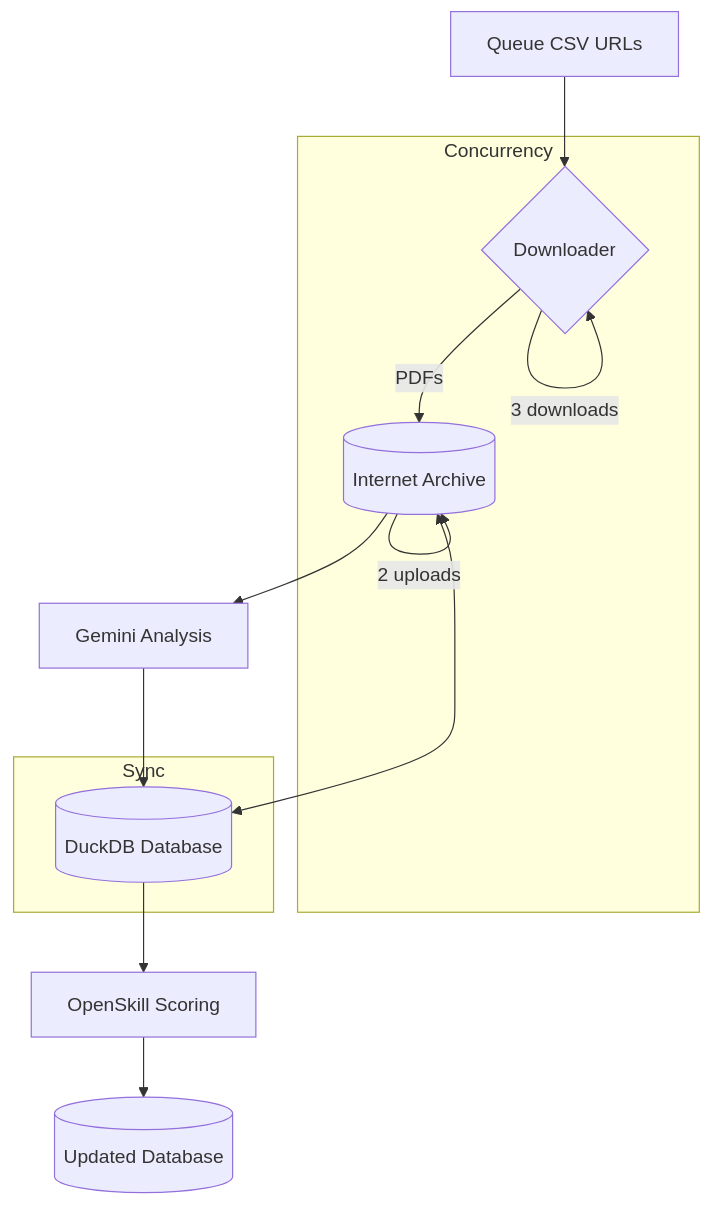
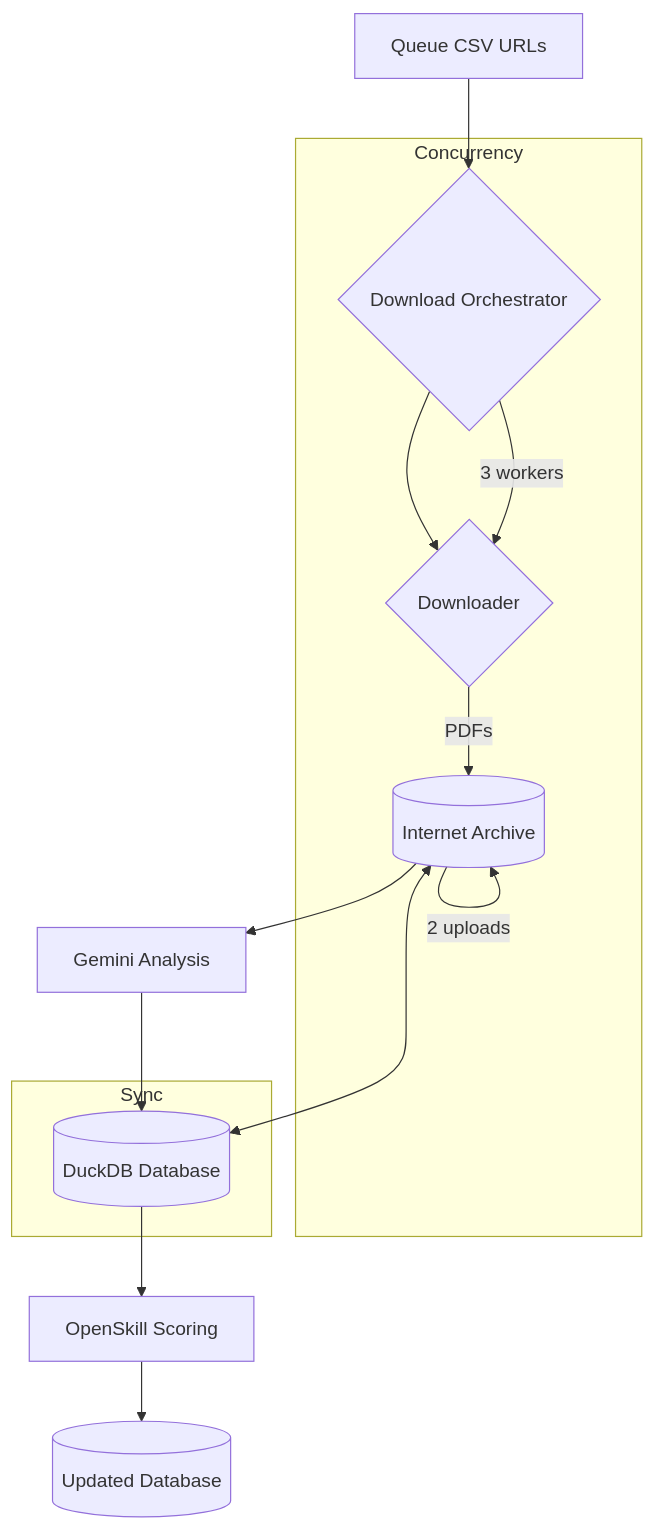
The diagram in docs/diagrams/async_pipeline.mermaid (franklinbaldo/causaganha), drawn with Mermaid before and after one commit. The commit also changed 7 other files, not shown here.

```diff
--- a/docs/diagrams/async_pipeline.mermaid
+++ b/docs/diagrams/async_pipeline.mermaid
@@ -1,16 +1,17 @@
 graph TD
-    A[Queue CSV URLs] --> B{Downloader}
+    A[Queue CSV URLs] --> O{Download Orchestrator}
+    O --> B{Downloader}
     B -->|PDFs| C[(Internet Archive)]
     C --> D[Gemini Analysis]
     D --> E[(DuckDB Database)]
     E --> F[OpenSkill Scoring]
     F --> G[(Updated Database)]
 
     subgraph Concurrency
-        B --3 downloads--> B
+        O --3 workers--> B
         C --2 uploads--> C
     end
 
     subgraph Sync
         E <--> C
     end
```
